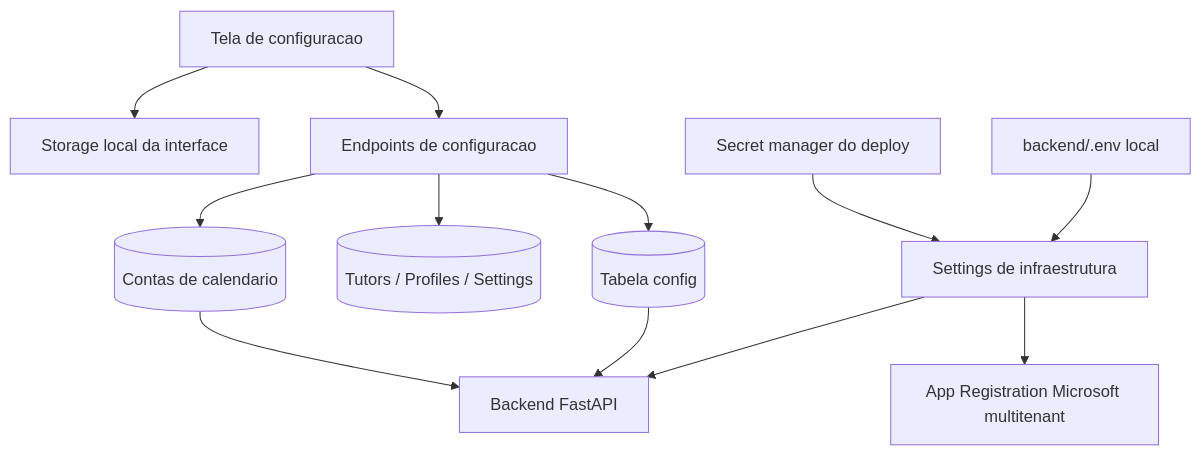
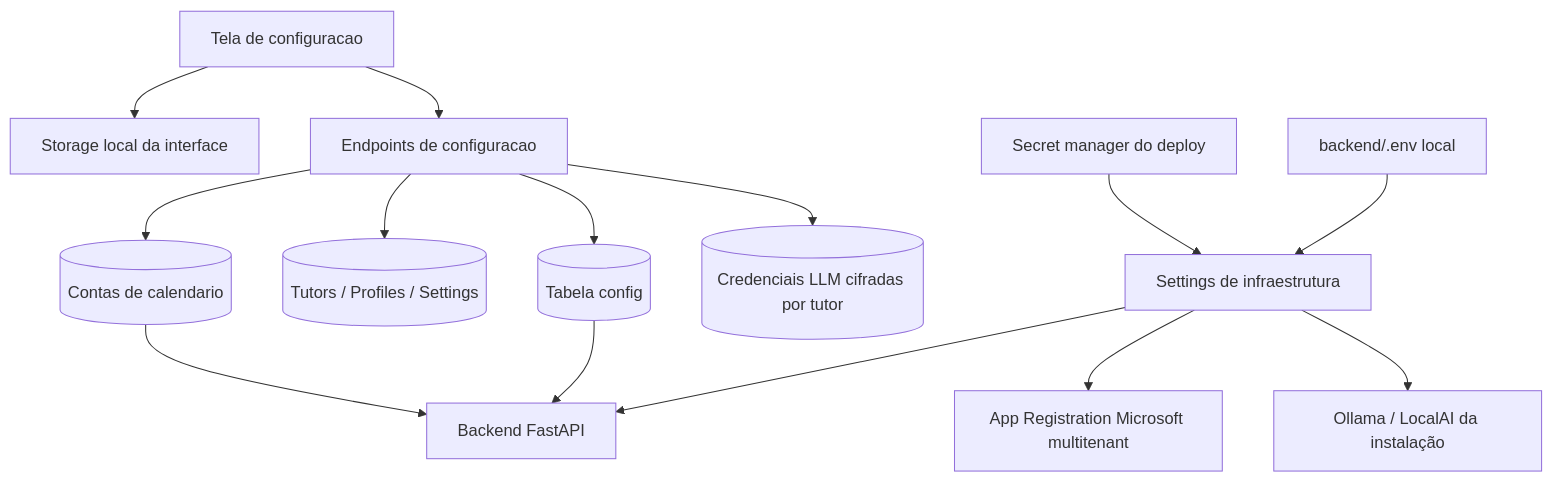
The third of 9 diagrams in README.md (m4n1nh0/assistant_app), drawn with Mermaid before and after one commit. The commit also changed other lines of this file and 24 other files, not shown here.

````diff
--- a/README.md
+++ b/README.md
@@ -171,16 +172,18 @@
 ```mermaid
 flowchart TD
     Config[Tela de configuracao] --> LocalStore[Storage local da interface]
     Config --> BackendConfig[Endpoints de configuracao]
 
     BackendConfig --> ConfigTable[(Tabela config)]
     BackendConfig --> TutorTables[(Tutors / Profiles / Settings)]
     BackendConfig --> CalendarAccounts[(Contas de calendario)]
+    BackendConfig --> UserCredentials[(Credenciais LLM cifradas por tutor)]
 
     Env[backend/.env local] --> Runtime[Settings de infraestrutura]
     SecretManager[Secret manager do deploy] --> Runtime
     Runtime --> MicrosoftApp[App Registration Microsoft multitenant]
+    Runtime --> LocalLLMs[Ollama / LocalAI da instalação]
     Runtime --> Backend[Backend FastAPI]
     ConfigTable --> Backend
     CalendarAccounts --> Backend
 ```
````
